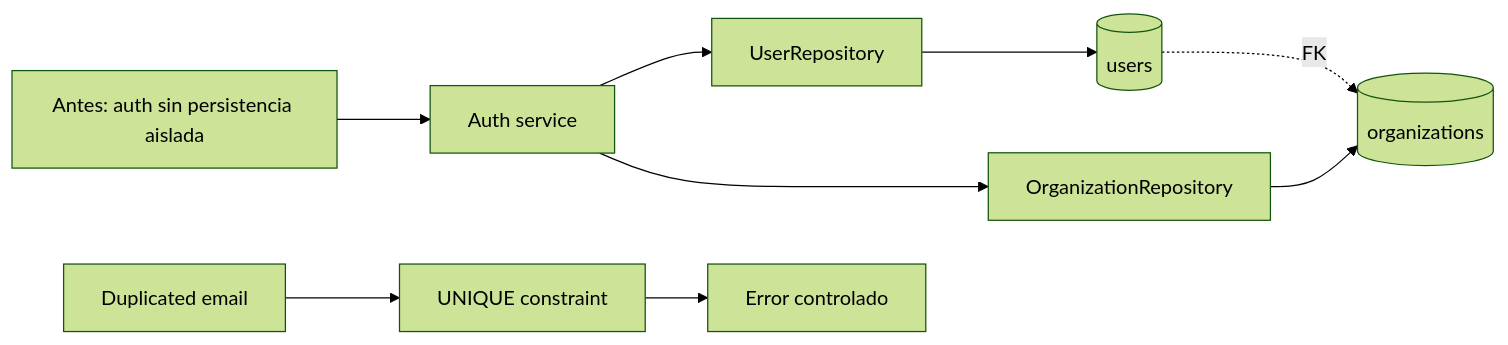
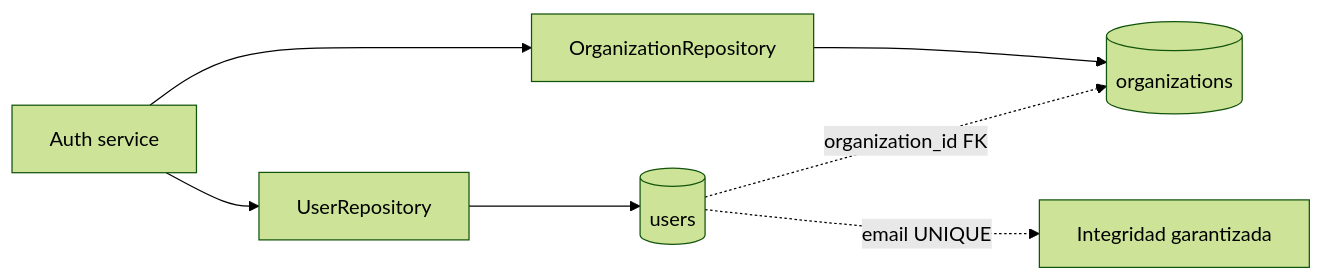
The second of 2 diagrams in docs/daruny/07-users-organizations/03-diagrama.md (Anagamedina/ft_transcendence), drawn with Mermaid (forest theme) before and after one commit. The commit also changed other lines of this file and 42 other files, not shown here.

````diff
--- a/docs/daruny/07-users-organizations/03-diagrama.md
+++ b/docs/daruny/07-users-organizations/03-diagrama.md
@@ -3,11 +13,9 @@
 ```mermaid
 flowchart LR
- A[Antes: auth sin persistencia aislada] --> B[Auth service]
- B --> C[UserRepository]
- B --> D[OrganizationRepository]
- C --> E[(users)]
- D --> F[(organizations)]
- E -. FK .-> F
- G[Duplicated email] --> H[UNIQUE constraint]
- H --> I[Error controlado]
+ A[Auth service] --> B[UserRepository]
+ A --> C[OrganizationRepository]
+ B --> D[(users)]
+ C --> E[(organizations)]
+ D -. organization_id FK .-> E
+ D -. email UNIQUE .-> F[Integridad garantizada]
 ```
````
